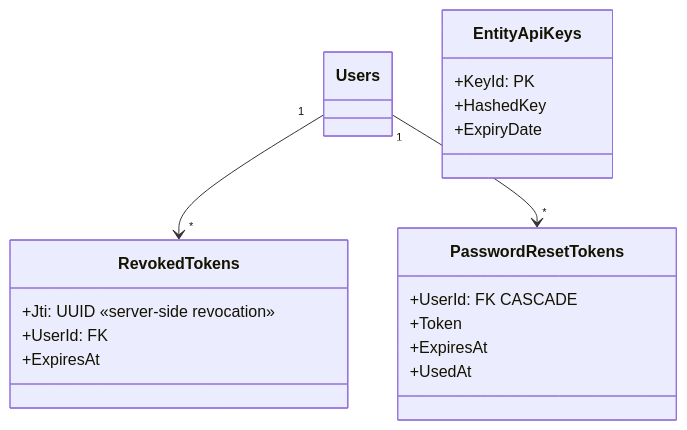
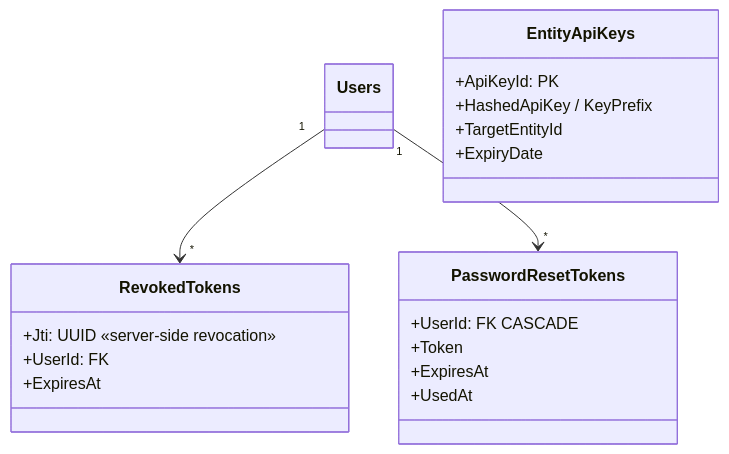
One commit to Software-Lifecycle-Consultants/SusDevOS-Pro changed the fourth of 4 diagrams in docs/diagrams/uml/02-domain-tenancy-rbac.md. Above: the diagram before and after it, drawn with Mermaid. The commit also changed other lines of this file and 23 other files, not shown here.

````diff
--- a/docs/diagrams/uml/02-domain-tenancy-rbac.md
+++ b/docs/diagrams/uml/02-domain-tenancy-rbac.md
@@ -181,23 +185,24 @@
 ```mermaid
 classDiagram
     class Users
     class RevokedTokens {
         +Jti: UUID «server-side revocation»
         +UserId: FK
         +ExpiresAt
     }
     class PasswordResetTokens {
         +UserId: FK CASCADE
         +Token
         +ExpiresAt
         +UsedAt
     }
     class EntityApiKeys {
-        +KeyId: PK
-        +HashedKey
+        +ApiKeyId: PK
+        +HashedApiKey / KeyPrefix
+        +TargetEntityId
         +ExpiryDate
     }
 
     Users "1" --> "*" RevokedTokens
     Users "1" --> "*" PasswordResetTokens
 ```
````
